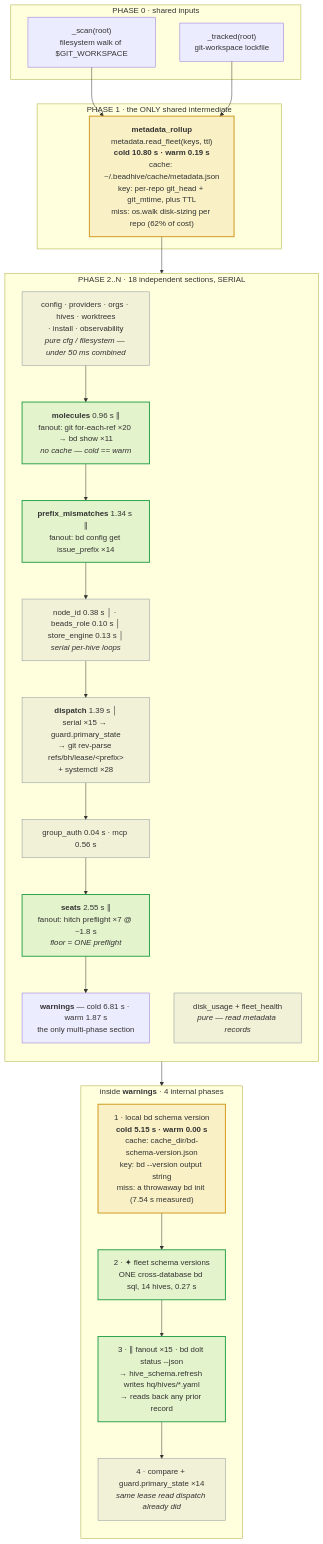
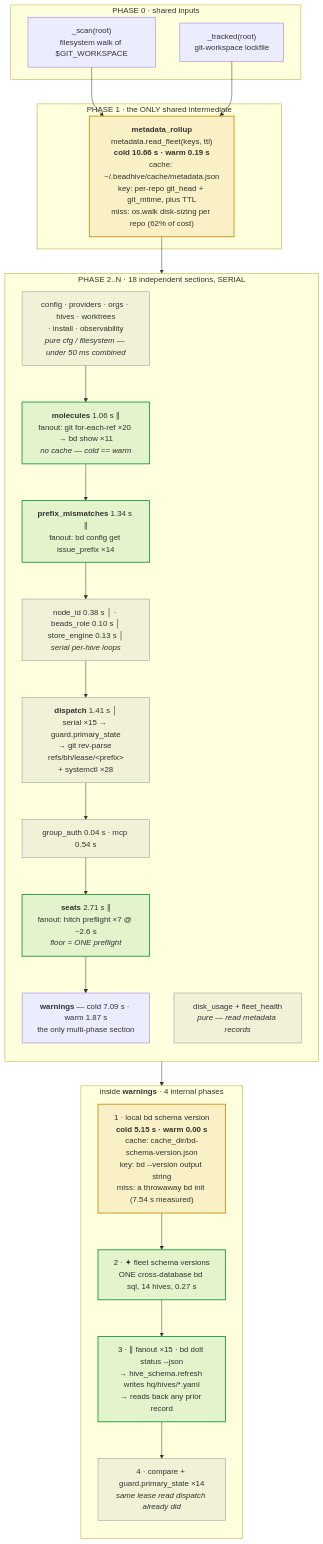
One commit to beadhive/beadhive changed the second of 2 diagrams in docs/BH_DATA_PIPELINE.md. Above: the diagram before and after it, drawn with Mermaid. The commit also changed other lines of this file, not shown here.

First line of the commit message:
docs(pipeline): re-measure cold/warm after the agent-hitch upgrade

````diff
--- a/docs/BH_DATA_PIPELINE.md
+++ b/docs/BH_DATA_PIPELINE.md
@@ -84,47 +90,47 @@
 ```mermaid
 flowchart TD
     subgraph P0["PHASE 0 · shared inputs"]
         SCAN["_scan(root)<br/>filesystem walk of $GIT_WORKSPACE"]
         TRK["_tracked(root)<br/>git-workspace lockfile"]
     end
 
     subgraph P1["PHASE 1 · the ONLY shared intermediate"]
-        META["<b>metadata_rollup</b><br/>metadata.read_fleet(keys, ttl)<br/><b>cold 10.80 s · warm 0.19 s</b><br/>cache: ~/.beadhive/cache/metadata.json<br/>key: per-repo git_head + git_mtime, plus TTL<br/>miss: os.walk disk-sizing per repo (62% of cost)"]
+        META["<b>metadata_rollup</b><br/>metadata.read_fleet(keys, ttl)<br/><b>cold 10.66 s · warm 0.19 s</b><br/>cache: ~/.beadhive/cache/metadata.json<br/>key: per-repo git_head + git_mtime, plus TTL<br/>miss: os.walk disk-sizing per repo (62% of cost)"]
     end
 
     subgraph P2["PHASE 2..N · 18 independent sections, SERIAL"]
         direction TB
         PURE["config · providers · orgs · hives · worktrees<br/>· install · observability<br/><i>pure cfg / filesystem — under 50 ms combined</i>"]
         DU["disk_usage + fleet_health<br/><i>pure — read metadata records</i>"]
-        MOL["<b>molecules</b> 0.96 s ∥<br/>fanout: git for-each-ref ×20 → bd show ×11<br/><i>no cache — cold == warm</i>"]
+        MOL["<b>molecules</b> 1.06 s ∥<br/>fanout: git for-each-ref ×20 → bd show ×11<br/><i>no cache — cold == warm</i>"]
         PFX["<b>prefix_mismatches</b> 1.34 s ∥<br/>fanout: bd config get issue_prefix ×14"]
         SER["node_id 0.38 s │ · beads_role 0.10 s │<br/>store_engine 0.13 s │<br/><i>serial per-hive loops</i>"]
-        DISP["<b>dispatch</b> 1.39 s │<br/>serial ×15 → guard.primary_state<br/>→ git rev-parse refs/bh/lease/&lt;prefix&gt;<br/>+ systemctl ×28"]
-        GA["group_auth 0.04 s · mcp 0.56 s"]
-        SEAT["<b>seats</b> 2.55 s ∥<br/>fanout: hitch preflight ×7 @ ~1.8 s<br/><i>floor = ONE preflight</i>"]
-        WARN["<b>warnings</b> — cold 6.81 s · warm 1.87 s<br/>the only multi-phase section"]
+        DISP["<b>dispatch</b> 1.41 s │<br/>serial ×15 → guard.primary_state<br/>→ git rev-parse refs/bh/lease/&lt;prefix&gt;<br/>+ systemctl ×28"]
+        GA["group_auth 0.04 s · mcp 0.54 s"]
+        SEAT["<b>seats</b> 2.71 s ∥<br/>fanout: hitch preflight ×7 @ ~2.6 s<br/><i>floor = ONE preflight</i>"]
+        WARN["<b>warnings</b> — cold 7.09 s · warm 1.87 s<br/>the only multi-phase section"]
     end
 
     SCAN --> META
     TRK --> META
     META --> DU
     PURE --> MOL --> PFX --> SER --> DISP --> GA --> SEAT --> WARN
 
     subgraph W["inside <b>warnings</b> · 4 internal phases"]
         direction TB
         W1["1 · local bd schema version<br/><b>cold 5.15 s · warm 0.00 s</b><br/>cache: cache_dir/bd-schema-version.json<br/>key: bd --version output string<br/>miss: a throwaway bd init (7.54 s measured)"]
         W2["2 · ✦ fleet schema versions<br/>ONE cross-database bd sql, 14 hives, 0.27 s"]
         W3["3 · ∥ fanout ×15 · bd dolt status --json<br/>→ hive_schema.refresh writes hq/hives/*.yaml<br/>→ reads back any prior record"]
         W4["4 · compare + guard.primary_state ×14<br/><i>same lease read dispatch already did</i>"]
         W1 --> W2 --> W3 --> W4
     end
 
     WARN --> W
 
     classDef cached fill:#d2992222,stroke:#d29922,stroke-width:2px
     classDef par fill:#2da44e22,stroke:#2da44e,stroke-width:2px
     classDef ser fill:#8b949e22,stroke:#8b949e
     class META,W1 cached
     class MOL,PFX,SEAT,W2,W3 par
     class SER,DISP,PURE,DU,GA,W4 ser
 ```
````
